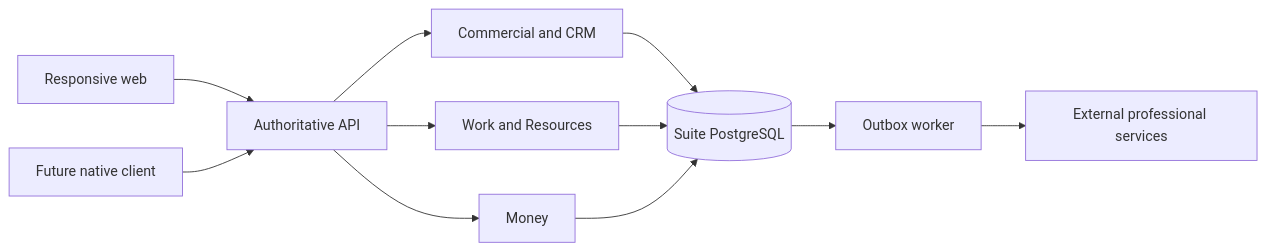
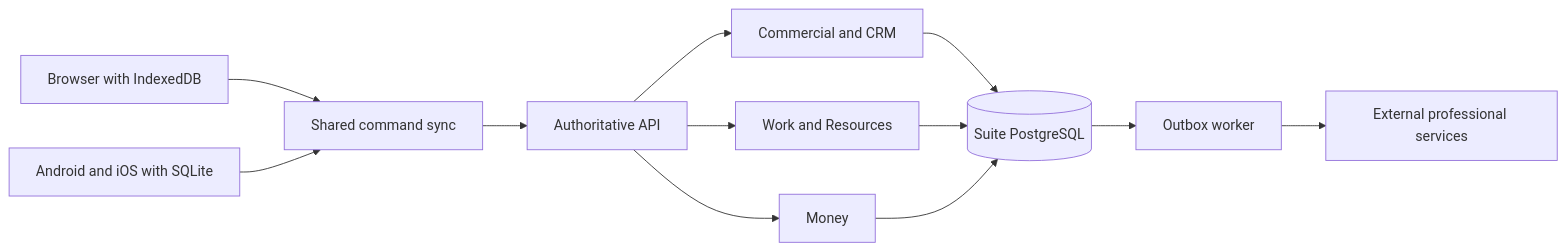
The diagram in docs/requirements/business-suite architecture.md (fabielone/business-suite), drawn with Mermaid before and after one commit. The commit also changed other lines of this file and 67 other files, not shown here.

Commit message:
Add offline-first sync and Android iOS app foundation

````diff
--- a/docs/requirements/business-suite architecture.md
+++ b/docs/requirements/business-suite architecture.md
@@ -29,13 +34,14 @@
 ```mermaid
 flowchart LR
-  Web[Responsive web] --> API[Authoritative API]
-  Native[Future native client] --> API
+  Web[Browser with IndexedDB] --> Sync[Shared command sync]
+  Native[Android and iOS with SQLite] --> Sync
+  Sync --> API[Authoritative API]
   API --> Commercial[Commercial and CRM]
   API --> Work[Work and Resources]
   API --> Money[Money]
   Commercial --> DB[(Suite PostgreSQL)]
   Work --> DB
   Money --> DB
   DB --> Worker[Outbox worker]
   Worker --> Services[External professional services]
 ```
````
